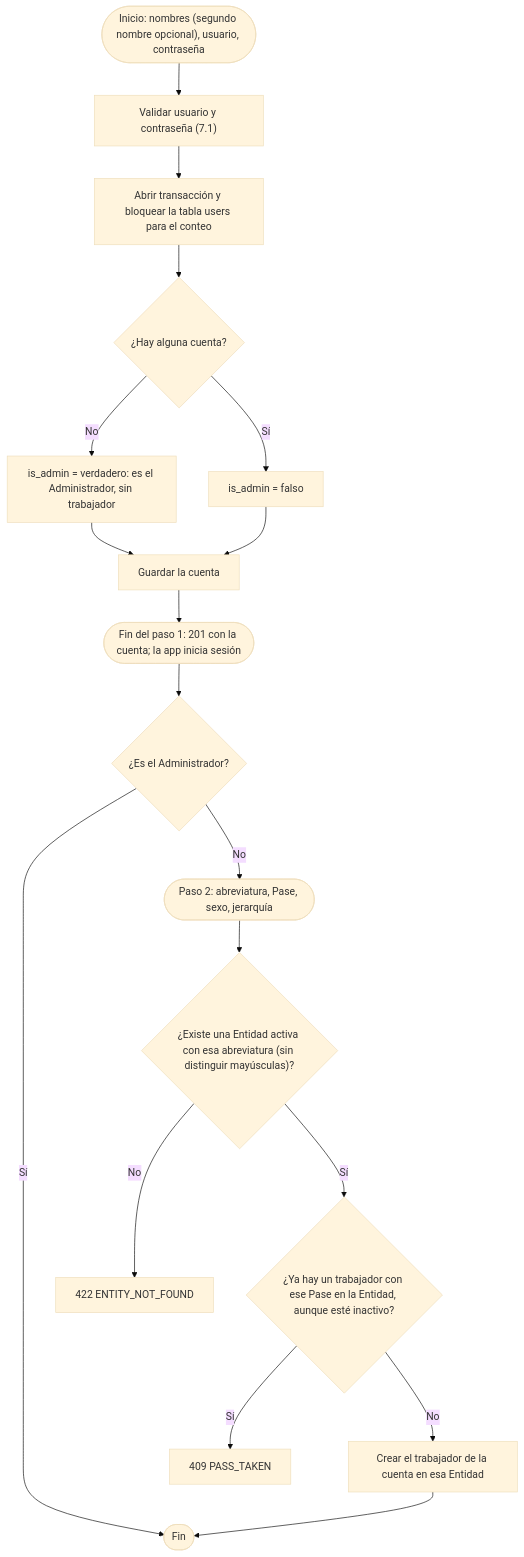
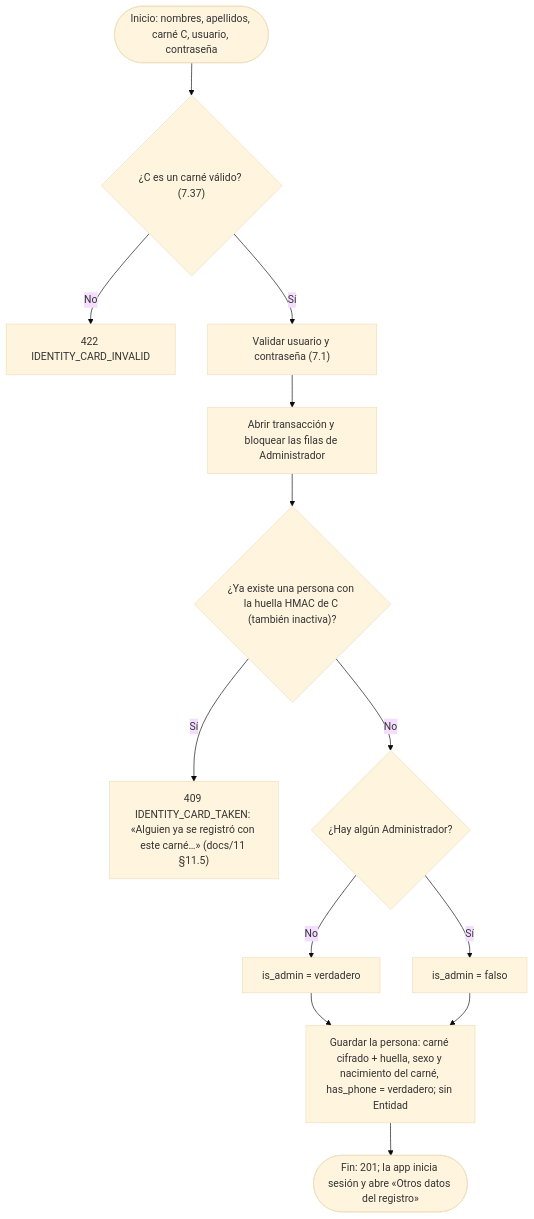
The second of 37 diagrams in docs/07-algoritmos.md (maicolalmaralestamayo/MiRuta), drawn with Mermaid (base theme) before and after one commit. The commit also changed other lines of this file and 37 other files, not shown here.

````diff
--- a/docs/07-algoritmos.md
+++ b/docs/07-algoritmos.md
@@ -70,20 +72,15 @@
 ```mermaid
 flowchart TD
-    A(["Inicio: nombres (segundo nombre opcional), usuario, contraseña"]) --> B["Validar usuario y contraseña (7.1)"]
-    B --> C["Abrir transacción y bloquear la tabla users para el conteo"]
-    C --> D{"¿Hay alguna cuenta?"}
-    D -->|No| E["is_admin = verdadero: es el Administrador, sin trabajador"]
+    A(["Inicio: nombres, apellidos, carné C, usuario, contraseña"]) --> B{"¿C es un carné válido? (7.37)"}
+    B -->|No| X0["422 IDENTITY_CARD_INVALID"]
+    B -->|Sí| B2["Validar usuario y contraseña (7.1)"]
+    B2 --> C["Abrir transacción y bloquear las filas de Administrador"]
+    C --> C2{"¿Ya existe una persona con la huella HMAC de C (también inactiva)?"}
+    C2 -->|Sí| X1["409 IDENTITY_CARD_TAKEN: «Alguien ya se registró con este carné…» (docs/11 §11.5)"]
+    C2 -->|No| D{"¿Hay algún Administrador?"}
+    D -->|No| E["is_admin = verdadero"]
     D -->|Sí| F["is_admin = falso"]
-    E --> G["Guardar la cuenta"]
+    E --> G["Guardar la persona: carné cifrado + huella, sexo y nacimiento del carné, has_phone = verdadero; sin Entidad"]
     F --> G
-    G --> H(["Fin del paso 1: 201 con la cuenta; la app inicia sesión"])
-    H --> I{"¿Es el Administrador?"}
-    I -->|Sí| Z(["Fin"])
-    I -->|No| J(["Paso 2: abreviatura, Pase, sexo, jerarquía"])
-    J --> K{"¿Existe una Entidad activa con esa abreviatura (sin distinguir mayúsculas)?"}
-    K -->|No| X1["422 ENTITY_NOT_FOUND"]
-    K -->|Sí| L{"¿Ya hay un trabajador con ese Pase en la Entidad, aunque esté inactivo?"}
-    L -->|Sí| X2["409 PASS_TAKEN"]
-    L -->|No| M["Crear el trabajador de la cuenta en esa Entidad"]
-    M --> Z
+    G --> H(["Fin: 201; la app inicia sesión y abre «Otros datos del registro»"])
 ```
````
